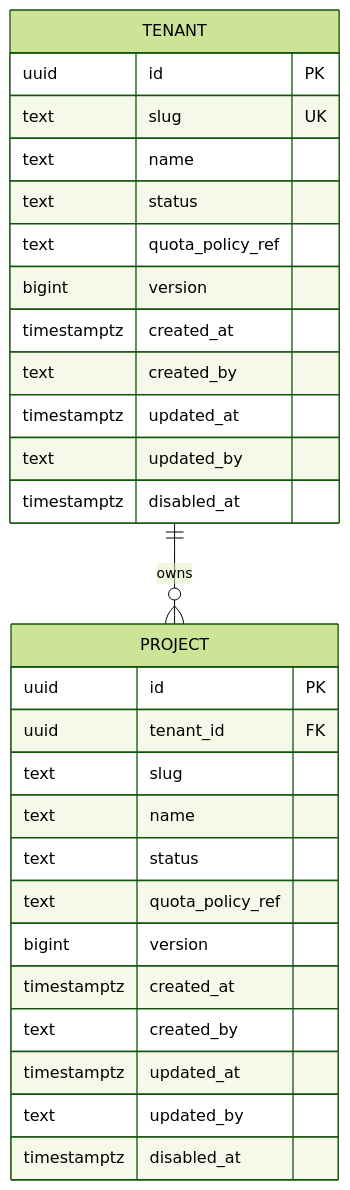
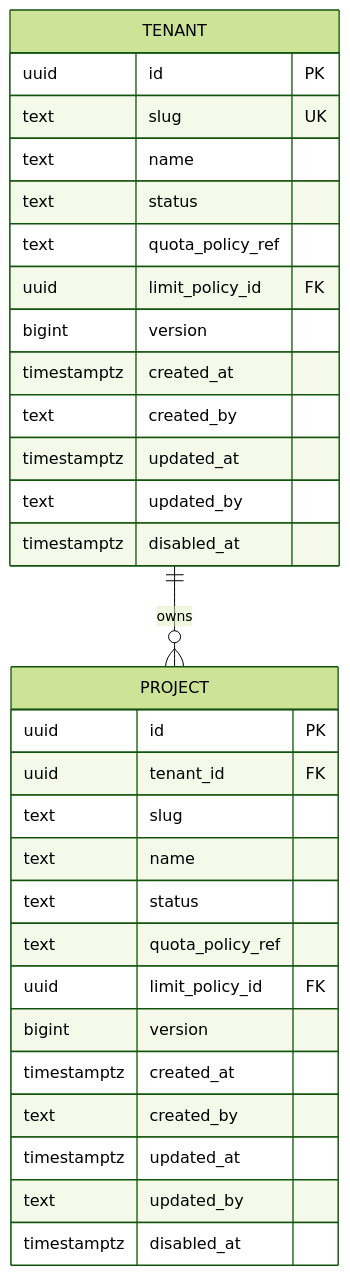
The diagram in docs/architecture/tenant-project-schema.md (zse04152005-del/ai-gateway-platform), drawn with Mermaid (forest theme) before and after one commit. The commit also changed other lines of this file and 18 other files, not shown here.

````diff
--- a/docs/architecture/tenant-project-schema.md
+++ b/docs/architecture/tenant-project-schema.md
@@ -11,31 +11,33 @@
 ```mermaid
 erDiagram
     TENANT ||--o{ PROJECT : owns
     TENANT {
       uuid id PK
       text slug UK
       text name
       text status
       text quota_policy_ref
+      uuid limit_policy_id FK
       bigint version
       timestamptz created_at
       text created_by
       timestamptz updated_at
       text updated_by
       timestamptz disabled_at
     }
     PROJECT {
       uuid id PK
       uuid tenant_id FK
       text slug
       text name
       text status
       text quota_policy_ref
+      uuid limit_policy_id FK
       bigint version
       timestamptz created_at
       text created_by
       timestamptz updated_at
       text updated_by
       timestamptz disabled_at
     }
 ```
````
